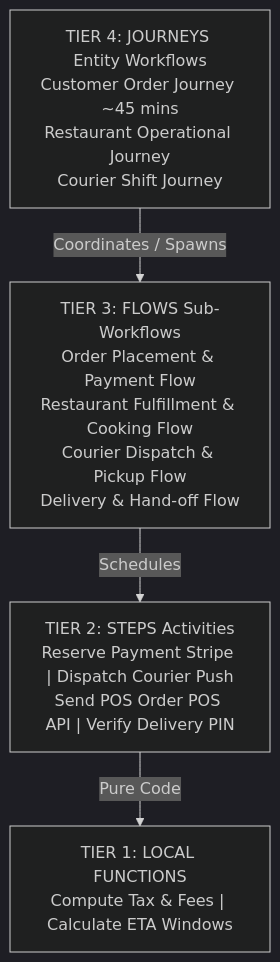
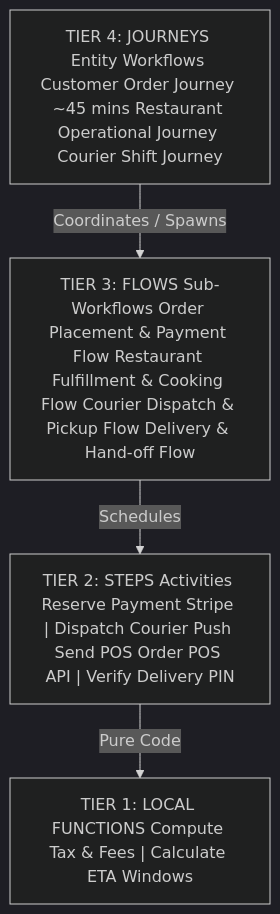
One commit to Chandra179/atlas changed diagram 15 of 16 in blog/astro/src/content/docs/uber-architecture.md. Above: the diagram before and after it, drawn with Mermaid (dark theme). The commit also changed other lines of this file and 1 other file, not shown here.

````diff
--- a/blog/astro/src/content/docs/uber-architecture.md
+++ b/blog/astro/src/content/docs/uber-architecture.md
@@ -771,10 +771,10 @@
 ```mermaid
 graph TB
-    T4["TIER 4: JOURNEYS Entity Workflows<br/>Customer Order Journey ~45 mins<br/>Restaurant Operational Journey<br/>Courier Shift Journey"]
-    T3["TIER 3: FLOWS Sub-Workflows<br/>Order Placement & Payment Flow<br/>Restaurant Fulfillment & Cooking Flow<br/>Courier Dispatch & Pickup Flow<br/>Delivery & Hand-off Flow"]
-    T2["TIER 2: STEPS Activities<br/>Reserve Payment Stripe | Dispatch Courier Push<br/>Send POS Order POS API | Verify Delivery PIN"]
-    T1["TIER 1: LOCAL FUNCTIONS<br/>Compute Tax & Fees | Calculate ETA Windows"]
+    T4["TIER 4: JOURNEYS Entity Workflows Customer Order Journey ~45 mins Restaurant Operational Journey Courier Shift Journey"]
+    T3["TIER 3: FLOWS Sub-Workflows Order Placement & Payment Flow Restaurant Fulfillment & Cooking Flow Courier Dispatch & Pickup Flow Delivery & Hand-off Flow"]
+    T2["TIER 2: STEPS Activities Reserve Payment Stripe | Dispatch Courier Push Send POS Order POS API | Verify Delivery PIN"]
+    T1["TIER 1: LOCAL FUNCTIONS Compute Tax & Fees | Calculate ETA Windows"]
     T4 -->|Coordinates / Spawns| T3
     T3 -->|Schedules| T2
     T2 -->|Pure Code| T1
 ```
````
